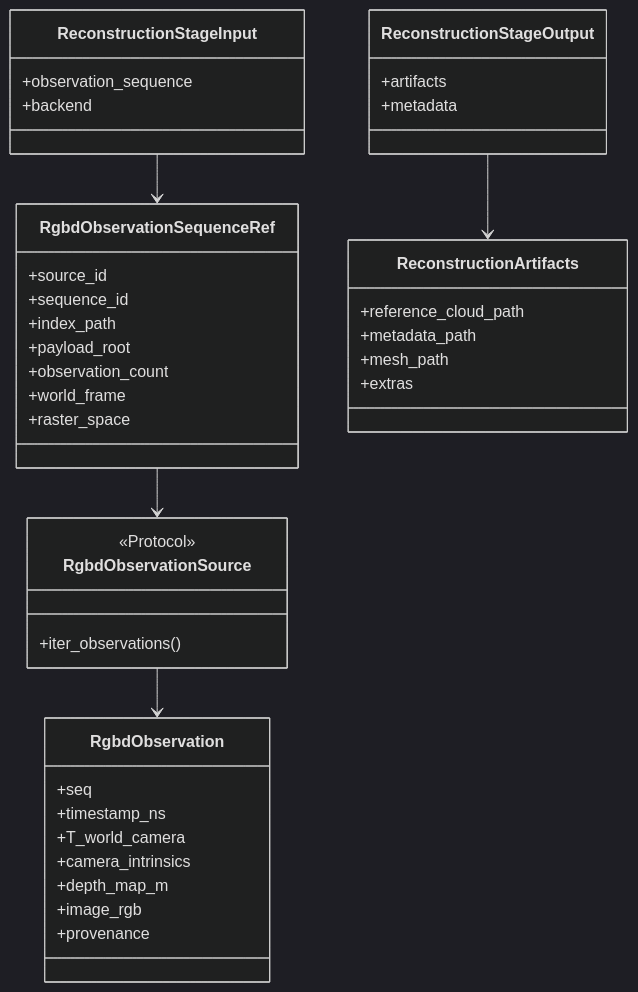
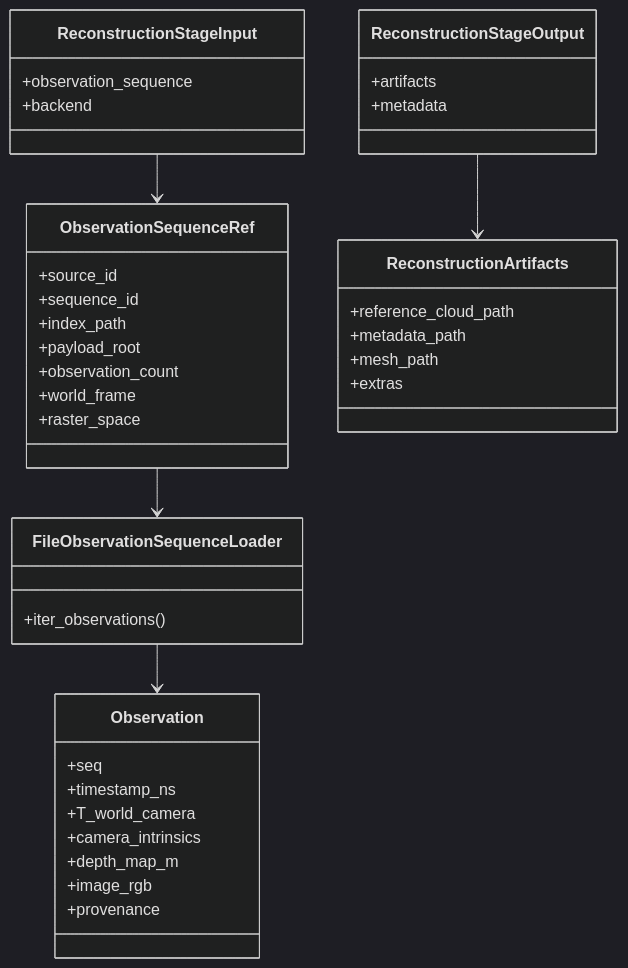
Before and after one commit to JanDuchscherer104/prml-vslam: the second of 5 diagrams in docs/architecture/reconstruction-stage-target.md, drawn with Mermaid (dark theme). The commit also changed other lines of this file and 178 other files, not shown here.

````diff
--- a/docs/architecture/reconstruction-stage-target.md
+++ b/docs/architecture/reconstruction-stage-target.md
@@ -140,49 +140,48 @@
 ```mermaid
 classDiagram
-    class RgbdObservation {
+    class Observation {
         +seq
         +timestamp_ns
         +T_world_camera
         +camera_intrinsics
         +depth_map_m
         +image_rgb
         +provenance
     }
 
-    class RgbdObservationSequenceRef {
+    class ObservationSequenceRef {
         +source_id
         +sequence_id
         +index_path
         +payload_root
         +observation_count
         +world_frame
         +raster_space
     }
 
-    class RgbdObservationSource {
-        <<Protocol>>
+    class FileObservationSequenceLoader {
         +iter_observations()
     }
 
     class ReconstructionStageInput {
         +observation_sequence
         +backend
     }
 
     class ReconstructionStageOutput {
         +artifacts
         +metadata
     }
 
     class ReconstructionArtifacts {
         +reference_cloud_path
         +metadata_path
         +mesh_path
         +extras
     }
 
-    RgbdObservationSource --> RgbdObservation
-    RgbdObservationSequenceRef --> RgbdObservationSource
-    ReconstructionStageInput --> RgbdObservationSequenceRef
+    FileObservationSequenceLoader --> Observation
+    ObservationSequenceRef --> FileObservationSequenceLoader
+    ReconstructionStageInput --> ObservationSequenceRef
     ReconstructionStageOutput --> ReconstructionArtifacts
 ```
````
